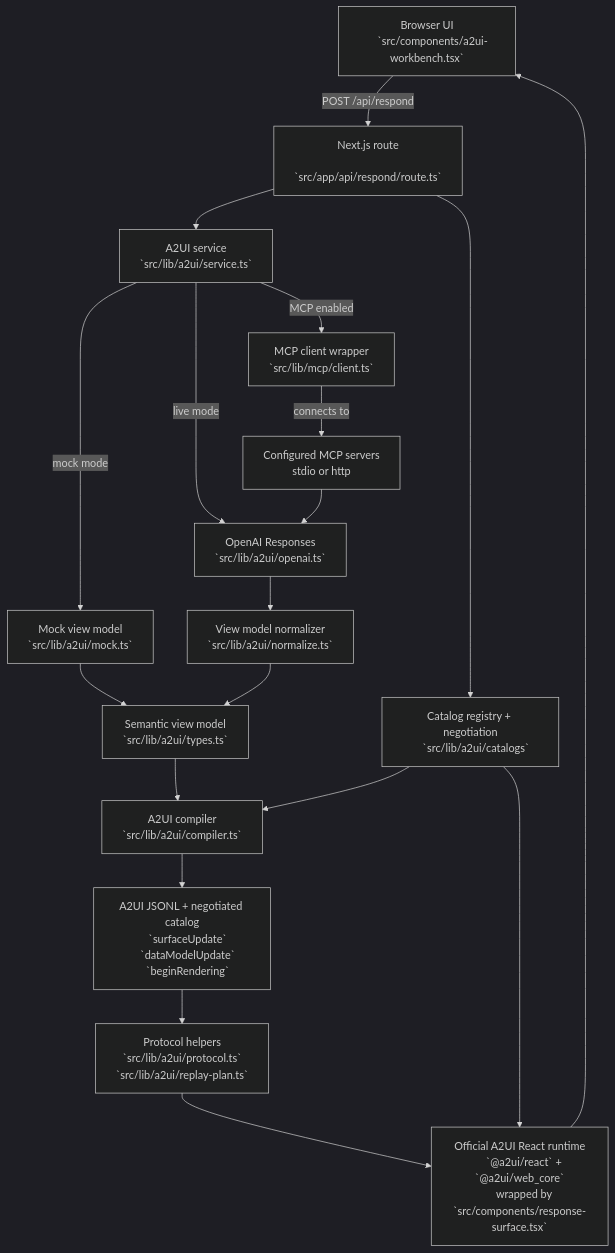
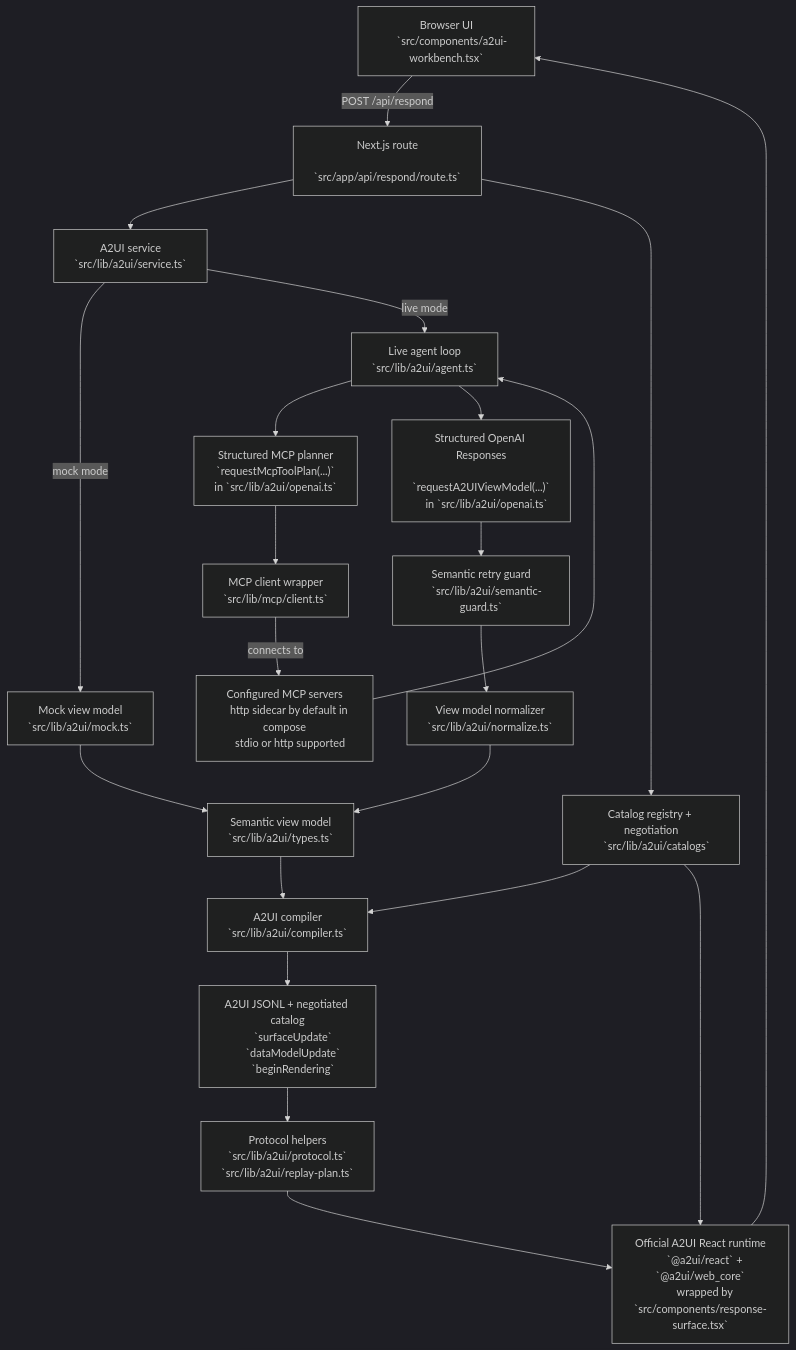
The first of 2 diagrams in a2ui/README.md (gebhardtr/mcp-examples), drawn with Mermaid (dark theme) before and after one commit. The commit also changed other lines of this file and 30 other files, not shown here.

Commit message:
restructure poc architecture and align implementation with A2UI design

````diff
--- a/a2ui/README.md
+++ b/a2ui/README.md
@@ -28,50 +28,63 @@
 ```mermaid
 flowchart TD
     Browser["Browser UI
     `src/components/a2ui-workbench.tsx`"]
 
     Route["Next.js route
     `src/app/api/respond/route.ts`"]
 
     Service["A2UI service
     `src/lib/a2ui/service.ts`"]
 
+    Agent["Live agent loop
+    `src/lib/a2ui/agent.ts`"]
+
     Catalogs["Catalog registry + negotiation
     `src/lib/a2ui/catalogs`"]
 
     Browser -->|"POST /api/respond"| Route
     Route --> Service
     Route --> Catalogs
 
     Service -->|"mock mode"| Mock["Mock view model
     `src/lib/a2ui/mock.ts`"]
-    Service -->|"live mode"| OpenAI["OpenAI Responses
-    `src/lib/a2ui/openai.ts`"]
-    Service -->|"MCP enabled"| MCP["MCP client wrapper
+    Service -->|"live mode"| Agent
+
+    Agent --> Planner["Structured MCP planner
+    `requestMcpToolPlan(...)`
+    in `src/lib/a2ui/openai.ts`"]
+    Planner --> MCP["MCP client wrapper
     `src/lib/mcp/client.ts`"]
     MCP -->|"connects to"| OciMcp["Configured MCP servers
-    stdio or http"]
-    OciMcp --> OpenAI
-    OpenAI --> Normalize["View model normalizer
+    http sidecar by default in compose
+    stdio or http supported"]
+    OciMcp --> Agent
+
+    Agent --> OpenAI["Structured OpenAI Responses
+    `requestA2UIViewModel(...)`
+    in `src/lib/a2ui/openai.ts`"]
+    OpenAI --> Guard["Semantic retry guard
+    `src/lib/a2ui/semantic-guard.ts`"]
+    Guard --> Normalize["View model normalizer
     `src/lib/a2ui/normalize.ts`"]
 
     Mock --> ViewModel["Semantic view model
     `src/lib/a2ui/types.ts`"]
     Normalize --> ViewModel
 
     ViewModel --> Compile["A2UI compiler
     `src/lib/a2ui/compiler.ts`"]
     Catalogs --> Compile
     Compile --> Stream["A2UI JSONL + negotiated catalog
     `surfaceUpdate`
     `dataModelUpdate`
     `beginRendering`"]
     Stream --> Protocol["Protocol helpers
     `src/lib/a2ui/protocol.ts`
     `src/lib/a2ui/replay-plan.ts`"]
     Catalogs --> Render["Official A2UI React runtime
     `@a2ui/react` + `@a2ui/web_core`
     wrapped by `src/components/response-surface.tsx`"]
     Protocol --> Render
     Render --> Browser
 ```
````
